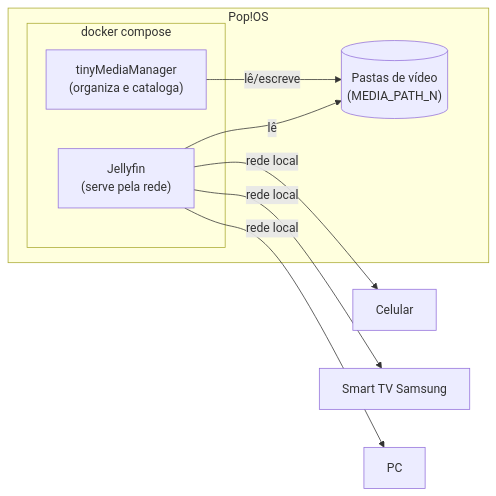
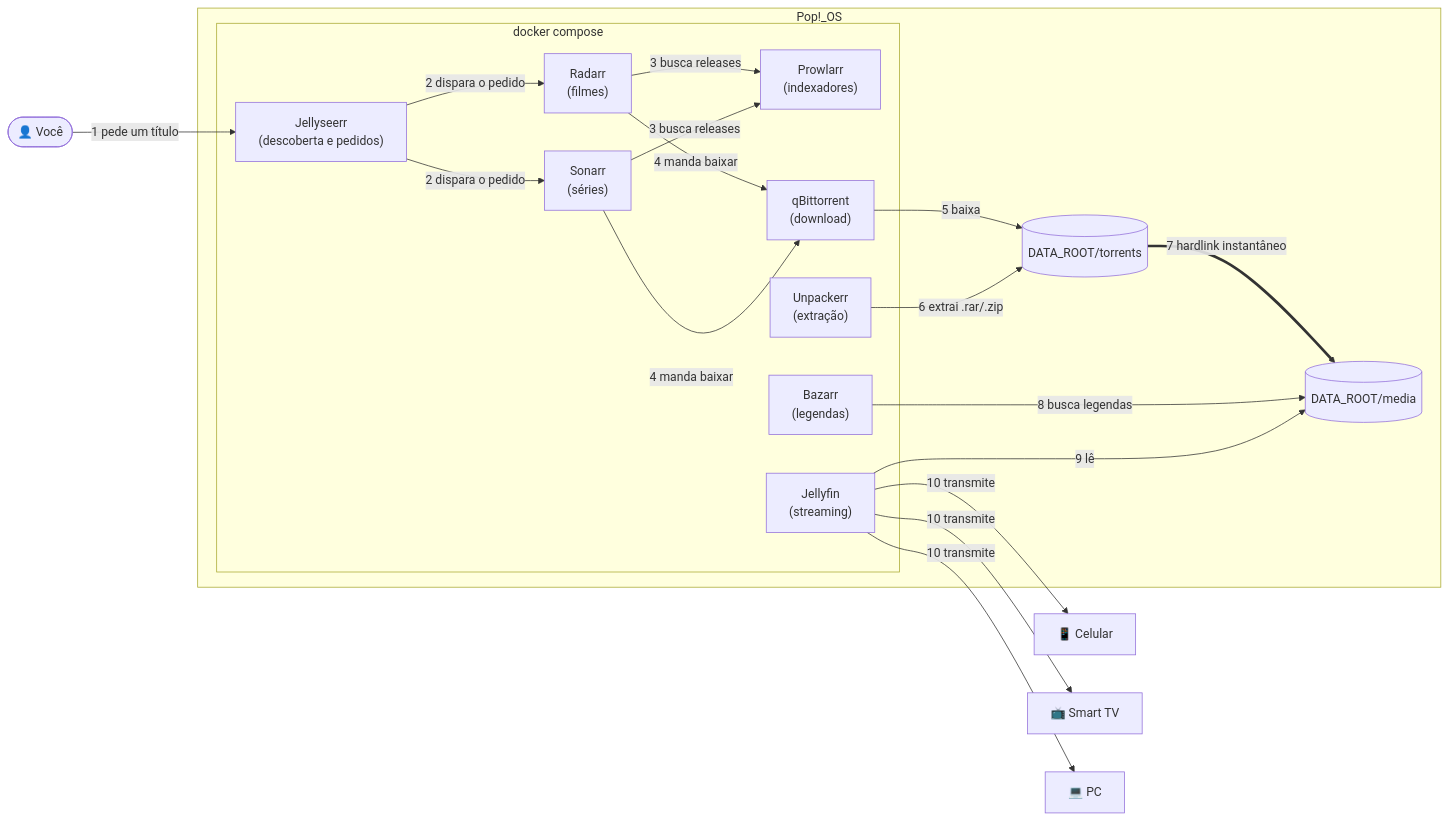
One commit to Canela-san/Media-vault changed the diagram in README.md. Above: the diagram before and after it, drawn with Mermaid. The commit also changed other lines of this file and 2 other files, not shown here.

First line of the commit message:
feat: replace tinyMediaManager with full Arr automation stack

````diff
--- a/README.md
+++ b/README.md
@@ -23,17 +44,35 @@
 ```mermaid
 flowchart LR
-    subgraph Host["Pop!OS"]
+    User(["👤 Você"])
+
+    subgraph Host["Pop!_OS"]
         subgraph Docker["docker compose"]
-            TMM["tinyMediaManager\n(organiza e cataloga)"]
-            JF["Jellyfin\n(serve pela rede)"]
+            Jellyseerr["Jellyseerr\n(descoberta e pedidos)"]
+            Prowlarr["Prowlarr\n(indexadores)"]
+            Radarr["Radarr\n(filmes)"]
+            Sonarr["Sonarr\n(séries)"]
+            qBit["qBittorrent\n(download)"]
+            Unpackerr["Unpackerr\n(extração)"]
+            Bazarr["Bazarr\n(legendas)"]
+            Jellyfin["Jellyfin\n(streaming)"]
         end
-        Pastas[("Pastas de vídeo\n(MEDIA_PATH_N)")]
+        Torrents[("DATA_ROOT/torrents")]
+        Media[("DATA_ROOT/media")]
     end
 
-    TMM -- lê/escreve --> Pastas
-    JF -- lê --> Pastas
-
-    JF -- rede local --> Celular
-    JF -- rede local --> TV["Smart TV Samsung"]
-    JF -- rede local --> PC
+    User -- "1 pede um título" --> Jellyseerr
+    Jellyseerr -- "2 dispara o pedido" --> Radarr
+    Jellyseerr -- "2 dispara o pedido" --> Sonarr
+    Radarr -- "3 busca releases" --> Prowlarr
+    Sonarr -- "3 busca releases" --> Prowlarr
+    Radarr -- "4 manda baixar" --> qBit
+    Sonarr -- "4 manda baixar" --> qBit
+    qBit -- "5 baixa" --> Torrents
+    Unpackerr -- "6 extrai .rar/.zip" --> Torrents
+    Torrents == "7 hardlink instantâneo" ==> Media
+    Bazarr -- "8 busca legendas" --> Media
+    Jellyfin -- "9 lê" --> Media
+    Jellyfin -- "10 transmite" --> Celular["📱 Celular"]
+    Jellyfin -- "10 transmite" --> TV["📺 Smart TV"]
+    Jellyfin -- "10 transmite" --> PC["💻 PC"]
 ```
````
